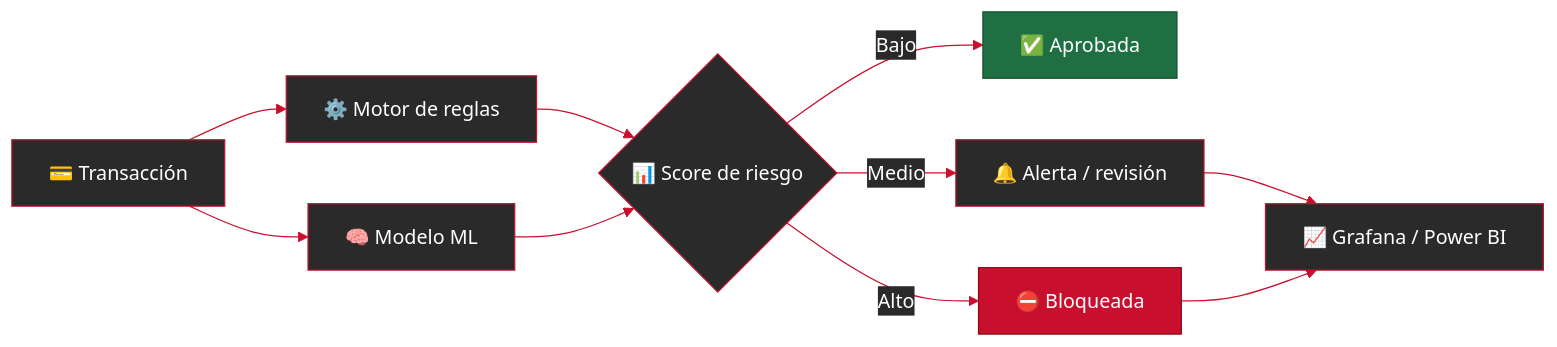
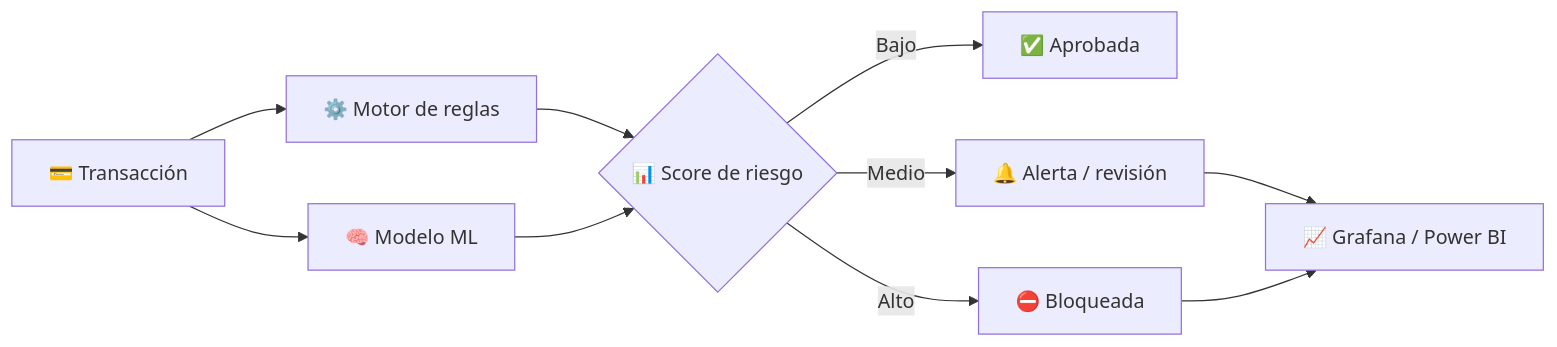
Before and after one commit to JpGarciiia964/JpGarciiia964: the diagram in README.md, drawn with Mermaid.

Commit message:
test: diagrama antifraude sin tema

````diff
--- a/README.md
+++ b/README.md
@@ -179,17 +179,12 @@
 ```mermaid
-%%{init: {'theme':'base','themeVariables':{'primaryColor':'#2A2A2A','primaryTextColor':'#FFFFFF','primaryBorderColor':'#C8102E','lineColor':'#C8102E'}}}%%
 flowchart LR
     A[💳 Transacción] --> B[⚙️ Motor de reglas]
     A --> C[🧠 Modelo ML]
     B --> D{📊 Score de riesgo}
     C --> D
     D -- Bajo --> E[✅ Aprobada]
     D -- Medio --> F[🔔 Alerta / revisión]
     D -- Alto --> G[⛔ Bloqueada]
     F --> H[📈 Grafana / Power BI]
     G --> H
-    classDef bad fill:#C8102E,stroke:#8B0A14,color:#fff
-    classDef ok fill:#1F6F43,stroke:#14532D,color:#fff
-    class G bad
-    class E ok
 ```
````
